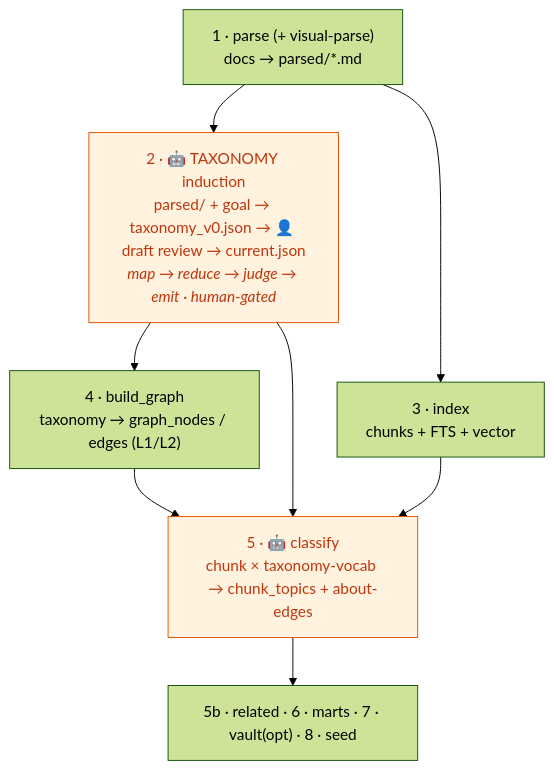
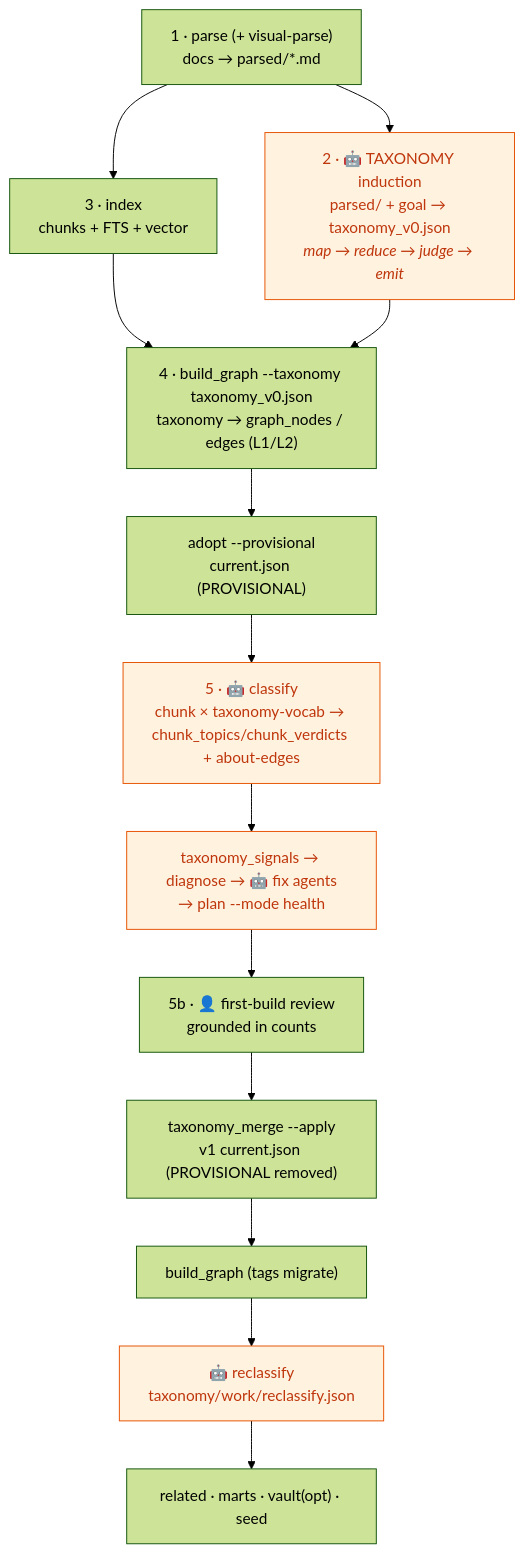
One commit to onetest-ai/applied_skills changed the sixth of 7 diagrams in bundles/brain/README.md. Above: the diagram before and after it, drawn with Mermaid (forest theme). The commit also changed other lines of this file and 36 other files, not shown here.

Commit message:
feat(brain): count-grounded first-build taxonomy review (0.9.0) (#31)

````diff
--- a/bundles/brain/README.md
+++ b/bundles/brain/README.md
@@ -412,13 +418,18 @@
 ```mermaid
 flowchart TD
-    P["1 · parse (+ visual-parse)<br/>docs → parsed/*.md"] --> TX["2 · 🤖 TAXONOMY induction<br/>parsed/ + goal → taxonomy_v0.json → 👤 draft review → current.json<br/><i>map → reduce → judge → emit · human-gated</i>"]
+    P["1 · parse (+ visual-parse)<br/>docs → parsed/*.md"] --> TX["2 · 🤖 TAXONOMY induction<br/>parsed/ + goal → taxonomy_v0.json<br/><i>map → reduce → judge → emit</i>"]
     P --> IDX["3 · index<br/>chunks + FTS + vector"]
-    TX --> G["4 · build_graph<br/>taxonomy → graph_nodes / edges (L1/L2)"]
-    TX --> CL["5 · 🤖 classify<br/>chunk × taxonomy-vocab → chunk_topics + about-edges"]
-    IDX --> CL
-    G --> CL
-    CL --> R["5b · related · 6 · marts · 7 · vault(opt) · 8 · seed"]
+    IDX --> G["4 · build_graph --taxonomy taxonomy_v0.json<br/>taxonomy → graph_nodes / edges (L1/L2)"]
+    TX --> G
+    G --> AD["adopt --provisional<br/>current.json (PROVISIONAL)"]
+    AD --> CL["5 · 🤖 classify<br/>chunk × taxonomy-vocab → chunk_topics/chunk_verdicts + about-edges"]
+    CL --> HD["taxonomy_signals → diagnose → 🤖 fix agents<br/>→ plan --mode health"]
+    HD --> FR["5b · 👤 first-build review<br/>grounded in counts"]
+    FR --> MA["taxonomy_merge --apply<br/>v1 current.json (PROVISIONAL removed)"]
+    MA --> G2["build_graph (tags migrate)"]
+    G2 --> RC["🤖 reclassify<br/>taxonomy/work/reclassify.json"]
+    RC --> R["related · marts · vault(opt) · seed"]
 
     classDef ag fill:#fff3e0,stroke:#e65100,color:#bf360c;
-    class TX,CL ag
+    class TX,CL,HD,RC ag
 ```
````
